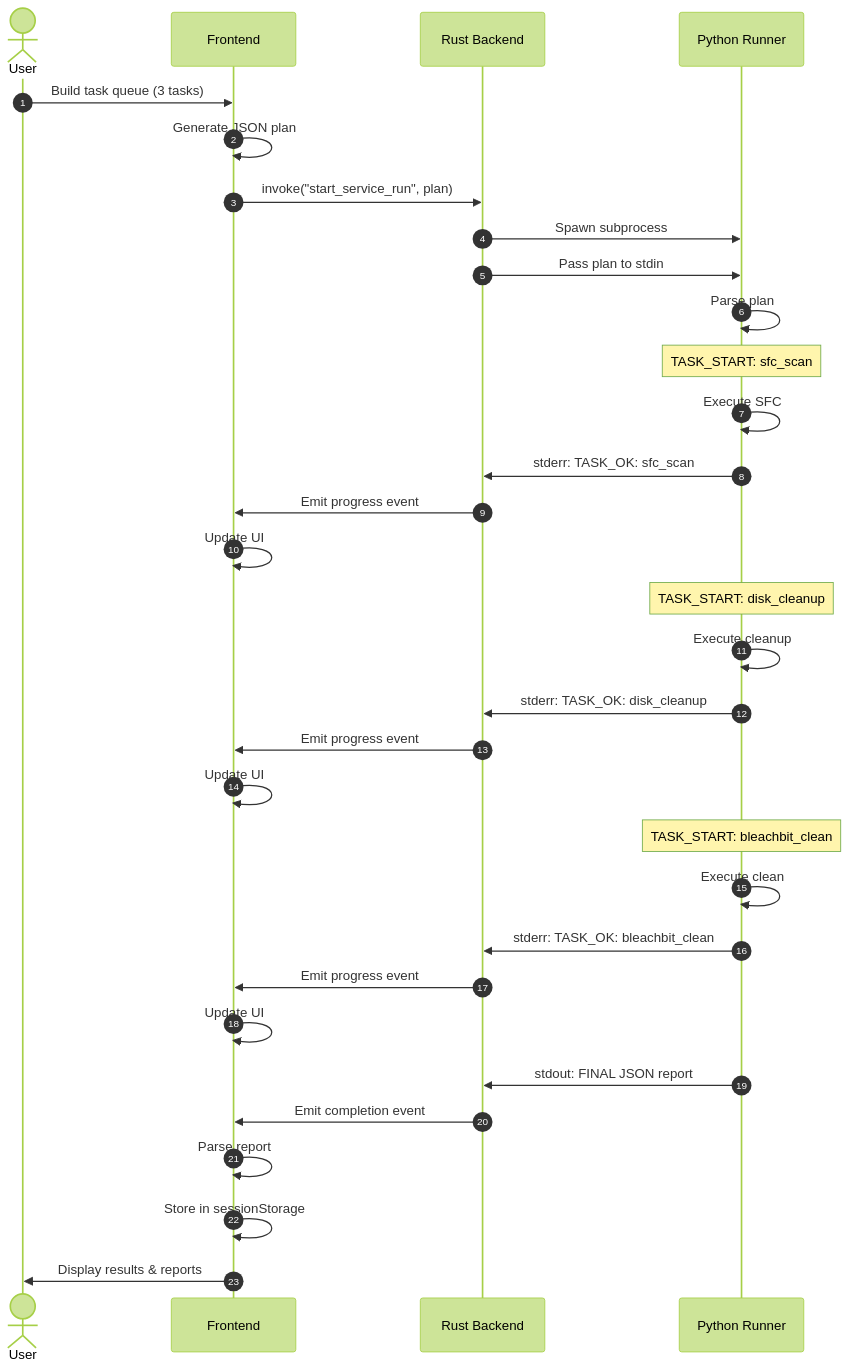
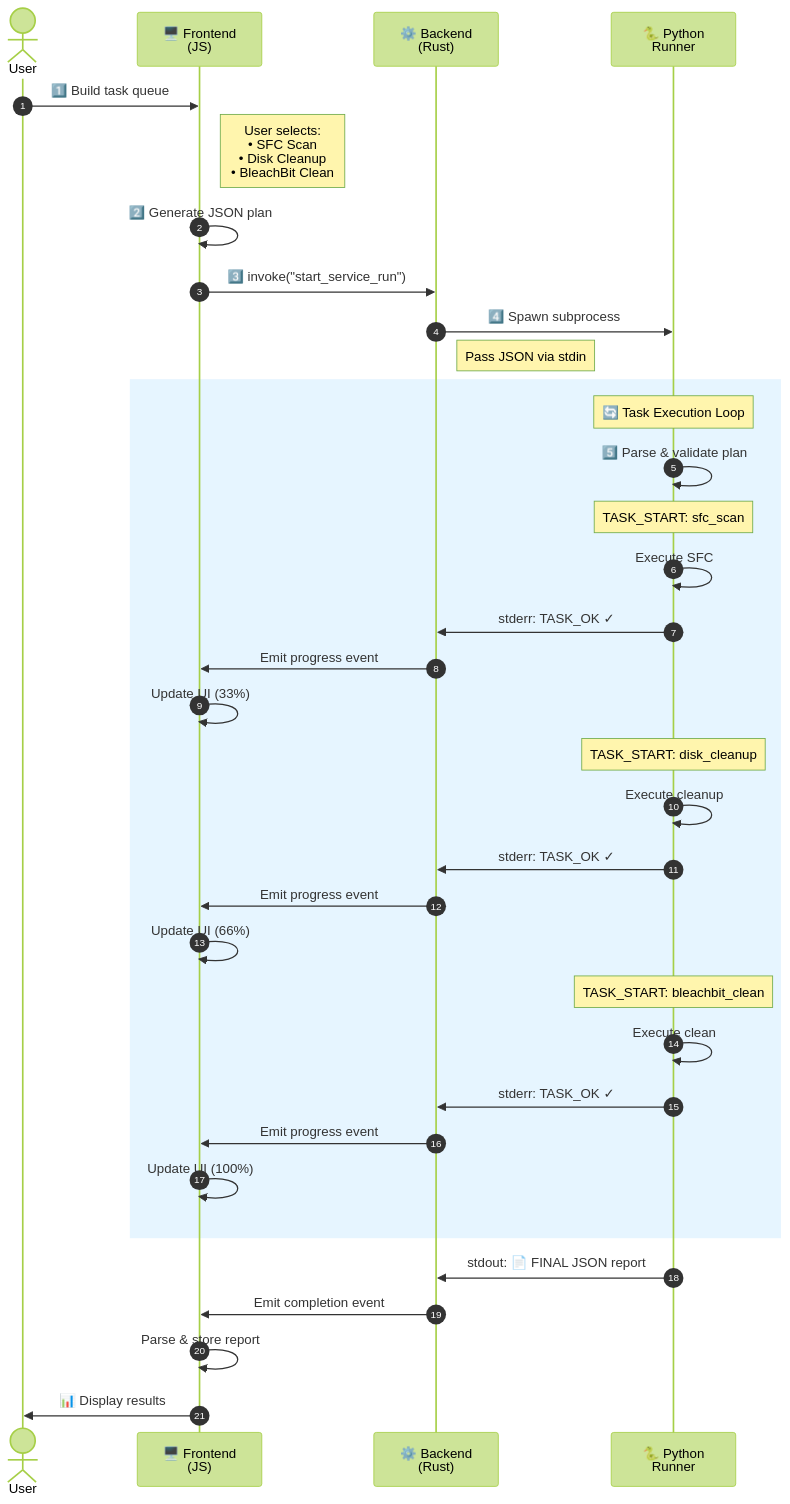
One commit to SonnyTaylor/AutoService changed the first of 2 diagrams in docs/developer-guide/architecture.md. Above: the diagram before and after it, drawn with Mermaid (forest theme). The commit also changed other lines of this file and 10 other files, not shown here.

````diff
--- a/docs/developer-guide/architecture.md
+++ b/docs/developer-guide/architecture.md
@@ -78,40 +122,46 @@
 ```mermaid
 sequenceDiagram
     autonumber
     actor User
-    participant Frontend
-    participant Rust Backend
-    participant Python Runner
+    participant FE as 🖥️ Frontend<br/>(JS)
+    participant BE as ⚙️ Backend<br/>(Rust)
+    participant PR as 🐍 Python<br/>Runner
 
-    User->>Frontend: Build task queue (3 tasks)
-    Frontend->>Frontend: Generate JSON plan
-    Frontend->>Rust Backend: invoke("start_service_run", plan)
-    Rust Backend->>Python Runner: Spawn subprocess
-    Rust Backend->>Python Runner: Pass plan to stdin
+    User->>FE: 1️⃣ Build task queue
+    Note right of FE: User selects:<br/>• SFC Scan<br/>• Disk Cleanup<br/>• BleachBit Clean
     
-    Python Runner->>Python Runner: Parse plan
+    FE->>FE: 2️⃣ Generate JSON plan
+    FE->>BE: 3️⃣ invoke("start_service_run")
     
-    Note over Python Runner: TASK_START: sfc_scan
-    Python Runner->>Python Runner: Execute SFC
-    Python Runner->>Rust Backend: stderr: TASK_OK: sfc_scan
-    Rust Backend->>Frontend: Emit progress event
-    Frontend->>Frontend: Update UI
+    BE->>PR: 4️⃣ Spawn subprocess
+    Note right of BE: Pass JSON via stdin
     
-    Note over Python Runner: TASK_START: disk_cleanup
-    Python Runner->>Python Runner: Execute cleanup
-    Python Runner->>Rust Backend: stderr: TASK_OK: disk_cleanup
-    Rust Backend->>Frontend: Emit progress event
-    Frontend->>Frontend: Update UI
+    rect rgb(230, 245, 255)
+        Note over PR: 🔄 Task Execution Loop
+        
+        PR->>PR: 5️⃣ Parse & validate plan
+        
+        Note over PR: TASK_START: sfc_scan
+        PR->>PR: Execute SFC
+        PR->>BE: stderr: TASK_OK ✓
+        BE->>FE: Emit progress event
+        FE->>FE: Update UI (33%)
+        
+        Note over PR: TASK_START: disk_cleanup
+        PR->>PR: Execute cleanup
+        PR->>BE: stderr: TASK_OK ✓
+        BE->>FE: Emit progress event
+        FE->>FE: Update UI (66%)
+        
+        Note over PR: TASK_START: bleachbit_clean
+        PR->>PR: Execute clean
+        PR->>BE: stderr: TASK_OK ✓
+        BE->>FE: Emit progress event
+        FE->>FE: Update UI (100%)
+    end
     
-    Note over Python Runner: TASK_START: bleachbit_clean
-    Python Runner->>Python Runner: Execute clean
-    Python Runner->>Rust Backend: stderr: TASK_OK: bleachbit_clean
-    Rust Backend->>Frontend: Emit progress event
-    Frontend->>Frontend: Update UI
-    
-    Python Runner->>Rust Backend: stdout: FINAL JSON report
-    Rust Backend->>Frontend: Emit completion event
-    Frontend->>Frontend: Parse report
-    Frontend->>Frontend: Store in sessionStorage
-    Frontend->>User: Display results & reports
+    PR->>BE: stdout: 📄 FINAL JSON report
+    BE->>FE: Emit completion event
+    FE->>FE: Parse & store report
+    FE->>User: 📊 Display results
 ```
````
